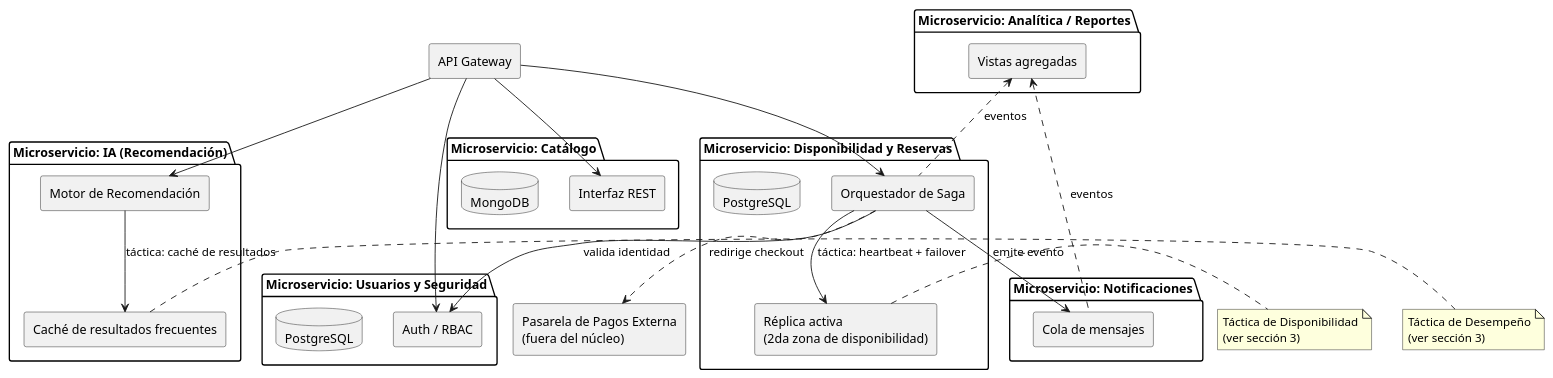
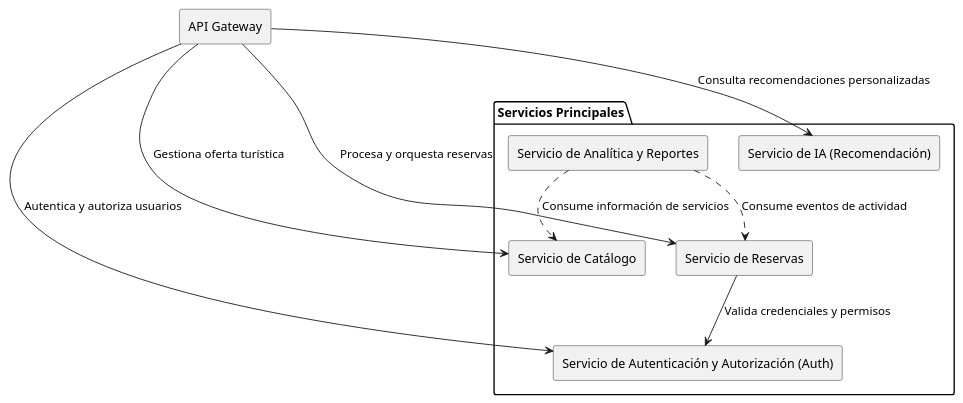
Before and after one commit to Csehuanes-code/capstone-project-documentation: the third of 3 diagrams in deliverables/first-laborratory/theory-applied-to-project.md, drawn with PlantUML. The commit also changed other lines of this file, not shown here.

First line of the commit message:
docs(architecture): align Laboratory 1 diagrams and taxonomy with tutor feedback

````diff
--- a/deliverables/first-laborratory/theory-applied-to-project.md
+++ b/deliverables/first-laborratory/theory-applied-to-project.md
@@ -160,63 +156,24 @@
 ```plantuml
 @startuml Componentes_PlataformaTurismo
 skinparam componentStyle rectangle
 
 component "API Gateway" as GW
 
-package "Microservicio: Catálogo" {
-  [Interfaz REST] as CatalogoAPI
-  database "MongoDB" as CatalogoDB
+package "Servicios Principales" {
+  [Servicio de Autenticación y Autorización (Auth)] as AuthService
+  [Servicio de Catálogo] as CatalogoService
+  [Servicio de Reservas] as ReservasService
+  [Servicio de IA (Recomendación)] as IAService
+  [Servicio de Analítica y Reportes] as AnaliticaService
 }
 
-package "Microservicio: Disponibilidad y Reservas" {
-  [Orquestador de Saga] as ReservasSaga
-  [Réplica activa\n(2da zona de disponibilidad)] as ReservasReplica
-  database "PostgreSQL" as ReservasDB
-}
+GW --> AuthService : Autentica y autoriza usuarios
+GW --> CatalogoService : Gestiona oferta turística
+GW --> ReservasService : Procesa y orquesta reservas
+GW --> IAService : Consulta recomendaciones personalizadas
 
-package "Microservicio: Usuarios y Seguridad" {
-  [Auth / RBAC] as AuthAPI
-  database "PostgreSQL" as UsuariosDB
-}
-
-package "Microservicio: IA (Recomendación)" {
-  [Motor de Recomendación] as IAEngine
-  [Caché de resultados frecuentes] as IACache
-}
-
-package "Microservicio: Notificaciones" {
-  [Cola de mensajes] as NotifQueue
-}
-
-package "Microservicio: Analítica / Reportes" {
-  [Vistas agregadas] as AnaliticaViews
-}
-
-component "Pasarela de Pagos Externa\n(fuera del núcleo)" as Pagos
-
-GW --> CatalogoAPI
-GW --> ReservasSaga
-GW --> AuthAPI
-GW --> IAEngine
-
-ReservasSaga --> AuthAPI : valida identidad
-ReservasSaga --> NotifQueue : emite evento
-ReservasSaga ..> Pagos : redirige checkout
-ReservasSaga --> ReservasReplica : táctica: heartbeat + failover
-
-IAEngine --> IACache : táctica: caché de resultados
-
-AnaliticaViews <.. NotifQueue : eventos
-AnaliticaViews <.. ReservasSaga : eventos
-
-note right of ReservasReplica
-  Táctica de Disponibilidad
-  (ver sección 3)
-end note
-
-note right of IACache
-  Táctica de Desempeño
-  (ver sección 3)
-end note
+ReservasService --> AuthService : Valida credenciales y permisos
+AnaliticaService ..> ReservasService : Consume eventos de actividad
+AnaliticaService ..> CatalogoService : Consume información de servicios
 @enduml
 ```
````
